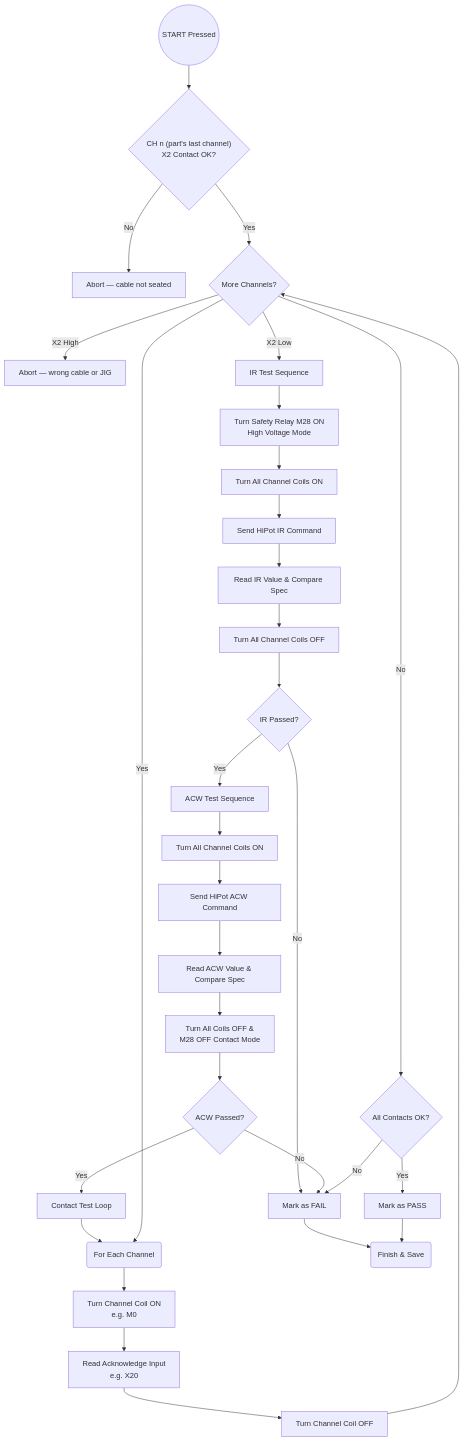
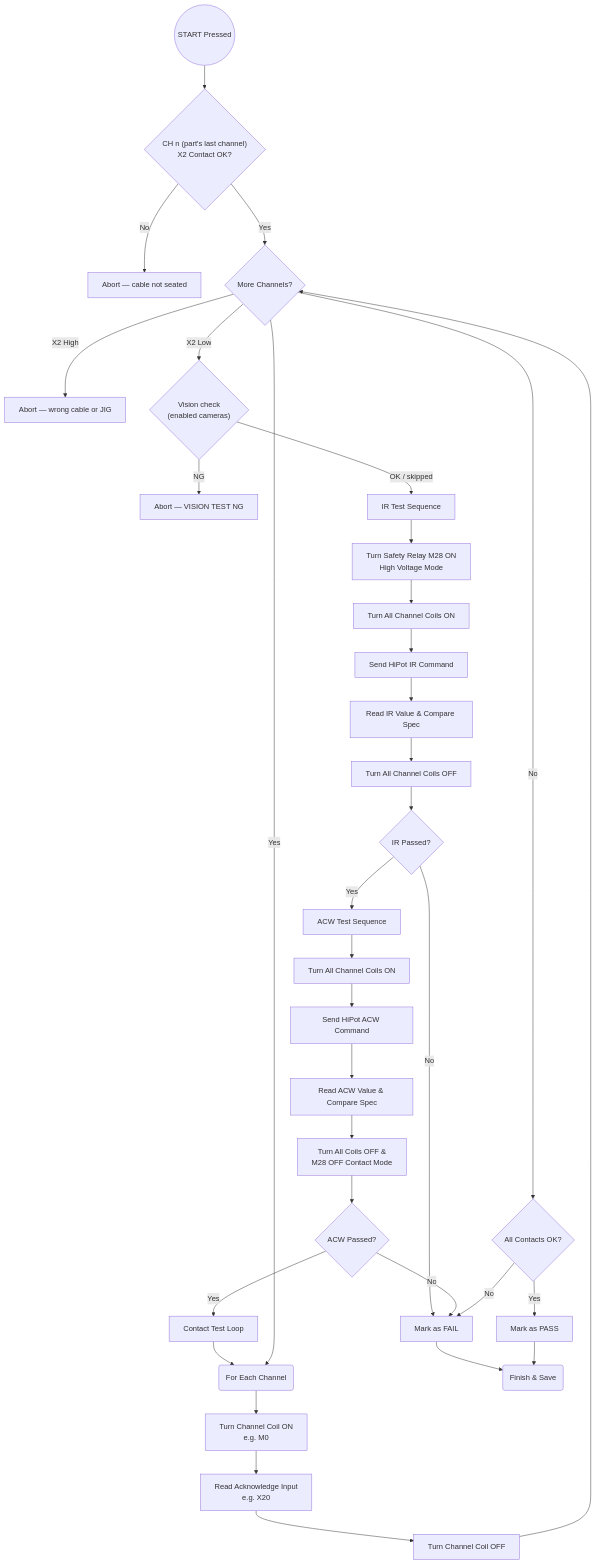
Before and after one commit to nithin2k5/FeederCable: the diagram in test_console_workflow.md, drawn with Mermaid. The commit also changed 1 other file, not shown here.

Commit message:
feat: run vision after the contact boundary check and show VISION NG
The CH n / CH n+1 contact check now runs before the cameras, so a cable
that is not seated or is the wrong one is caught before vision runs. A
vision failure aborts the test with a VISION NG verdict and a
"VISION TEST NG" banner naming the failed cameras.

````diff
--- a/test_console_workflow.md
+++ b/test_console_workflow.md
@@ -19,41 +19,43 @@
 ```mermaid
 flowchart TD
     Start((START Pressed)) --> LastCh{"CH n (part's last channel)<br/> X2 Contact OK?"}
     LastCh -- No --> AbortSeat["Abort — cable not seated"]
     LastCh -- Yes --> NextCh{"CH n+1 <br/> X2 must be LOW <br/> (skipped when n = 8)"}
     NextCh -- "X2 High" --> AbortWrong["Abort — wrong cable or JIG"]
-    NextCh -- "X2 Low" --> IRTest[IR Test Sequence]
+    NextCh -- "X2 Low" --> Vision{"Vision check<br/>(enabled cameras)"}
+    Vision -- NG --> AbortVision["Abort — VISION TEST NG"]
+    Vision -- "OK / skipped" --> IRTest[IR Test Sequence]
     
     IRTest --> M28ON[Turn Safety Relay M28 ON <br/> High Voltage Mode]
     M28ON --> AllCoilsON[Turn All Channel Coils ON]
     AllCoilsON --> HiPotIR[Send HiPot IR Command]
     HiPotIR --> ReadIR[Read IR Value & Compare Spec]
     ReadIR --> ResetCoils1[Turn All Channel Coils OFF]
     
     ResetCoils1 --> PassIR{IR Passed?}
     PassIR -- No --> FailRoute[Mark as FAIL]
     PassIR -- Yes --> ACWTest[ACW Test Sequence]
     
     ACWTest --> AllCoilsON2[Turn All Channel Coils ON]
     AllCoilsON2 --> HiPotACW[Send HiPot ACW Command]
     HiPotACW --> ReadACW[Read ACW Value & Compare Spec]
     ReadACW --> ResetCoils2[Turn All Coils OFF & <br/> M28 OFF Contact Mode]
     
     ResetCoils2 --> PassACW{ACW Passed?}
     PassACW -- No --> FailRoute
     PassACW -- Yes --> ContactTest[Contact Test Loop]
     
     ContactTest --> LoopStart(For Each Channel)
     LoopStart --> ChON[Turn Channel Coil ON <br/> e.g. M0]
     ChON --> ReadAck[Read Acknowledge Input <br/> e.g. X20]
     ReadAck --> ChOFF[Turn Channel Coil OFF]
     ChOFF --> NextCh{More Channels?}
     NextCh -- Yes --> LoopStart
     NextCh -- No --> EvalContact{All Contacts OK?}
     
     EvalContact -- No --> FailRoute
     EvalContact -- Yes --> PassRoute[Mark as PASS]
     
     FailRoute --> Finish(Finish & Save)
     PassRoute --> Finish
 ```
````
